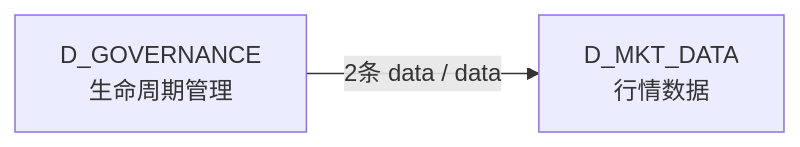
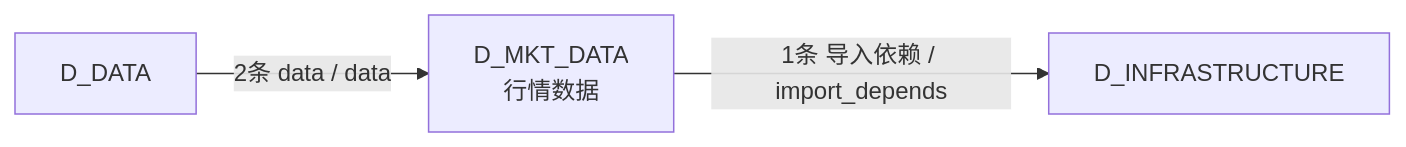
The fourth of 4 diagrams in docs/02_enterprise_architecture/02_domain_architecture_docs/18_d_mkt_data.md (xuanFelixVan/ZephyrAlpha), drawn with Mermaid before and after one commit. The commit also changed other lines of this file and 112 other files, not shown here.

````diff
--- a/docs/02_enterprise_architecture/02_domain_architecture_docs/18_d_mkt_data.md
+++ b/docs/02_enterprise_architecture/02_domain_architecture_docs/18_d_mkt_data.md
@@ -165,6 +172,8 @@
 ```mermaid
 graph LR
     D_MKT_DATA["D_MKT_DATA<br/>行情数据"]
-    D_GOVERNANCE["D_GOVERNANCE<br/>生命周期管理"]
-    D_GOVERNANCE -->|2条 data / data| D_MKT_DATA
+    D_INFRASTRUCTURE["D_INFRASTRUCTURE"]
+    D_DATA["D_DATA"]
+    D_MKT_DATA -->|1条 导入依赖 / import_depends| D_INFRASTRUCTURE
+    D_DATA -->|2条 data / data| D_MKT_DATA
 ```
````
